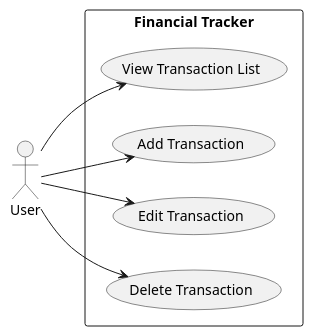
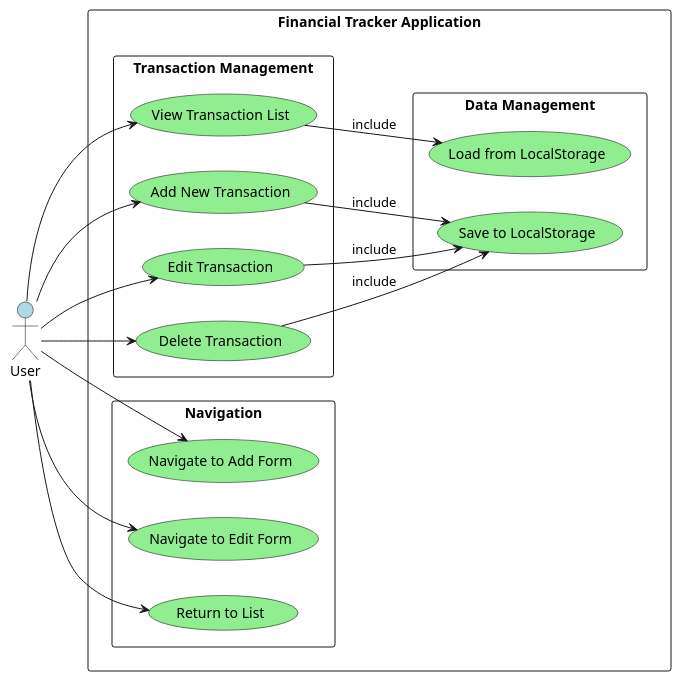
One commit to MarchianTz/test_subj changed the first of 14 diagrams in README.md. Above: the diagram before and after it, drawn with PlantUML. The commit also changed other lines of this file, not shown here.

````diff
--- a/README.md
+++ b/README.md
@@ -113,18 +158,49 @@
 ```plantuml
-@startuml Use Case Diagram
+@startuml Use Case Diagram - Financial Tracker
 left to right direction
+skinparam actor {
+    BackgroundColor #LightBlue
+    BorderColor #000000
+}
+
+skinparam usecase {
+    BackgroundColor #LightGreen
+    BorderColor #000000
+}
+
 actor "User" as user
 
-rectangle "Financial Tracker" {
-    usecase "View Transaction List" as view
-    usecase "Add Transaction" as add
-    usecase "Edit Transaction" as edit
-    usecase "Delete Transaction" as delete
+rectangle "Financial Tracker Application" as system {
+    rectangle "Transaction Management" as transaction {
+        usecase "View Transaction List" as view_list
+        usecase "Add New Transaction" as add_transaction
+        usecase "Edit Transaction" as edit_transaction
+        usecase "Delete Transaction" as delete_transaction
+    }
+    
+    rectangle "Navigation" as navigation {
+        usecase "Navigate to Add Form" as nav_add
+        usecase "Navigate to Edit Form" as nav_edit
+        usecase "Return to List" as nav_back
+    }
+    
+    rectangle "Data Management" as data {
+        usecase "Save to LocalStorage" as save_data
+        usecase "Load from LocalStorage" as load_data
+    }
 }
 
-user --> view
-user --> add
-user --> edit
-user --> delete
+user --> view_list
+user --> add_transaction
+user --> edit_transaction
+user --> delete_transaction
+user --> nav_add
+user --> nav_edit
+user --> nav_back
+
+view_list --> load_data : include
+add_transaction --> save_data : include
+edit_transaction --> save_data : include
+delete_transaction --> save_data : include
 @enduml
 ```
````
